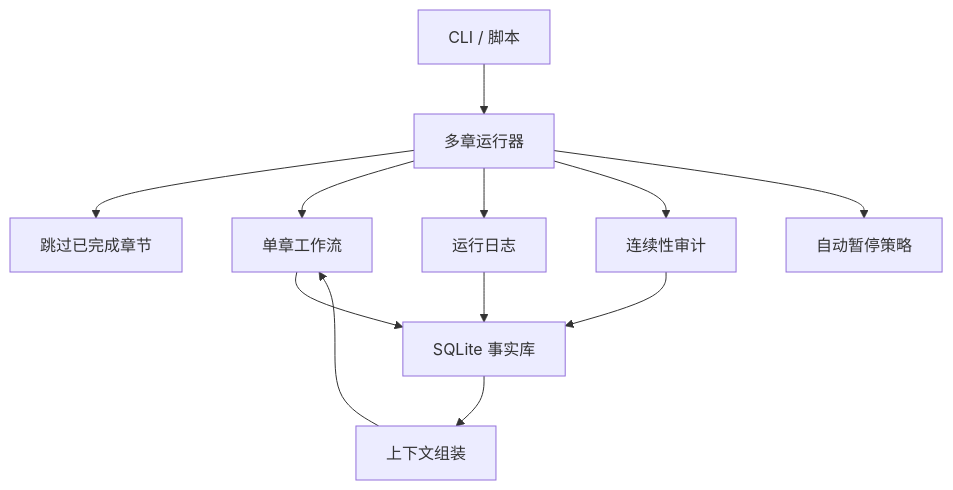
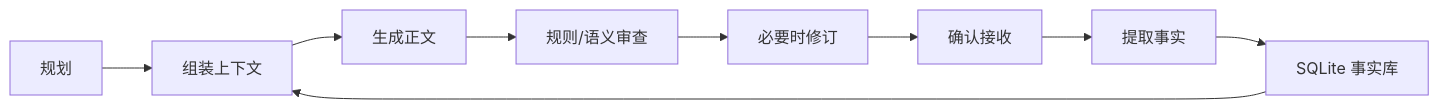
One commit to Bingtuu/Songyan changed the diagram in README.md. Above: the diagram before and after it, drawn with Mermaid. The commit also changed other lines of this file and 9 other files, not shown here.

````diff
--- a/README.md
+++ b/README.md
@@ -158,14 +132,11 @@
 ```mermaid
-flowchart TB
-    CLI["CLI / 脚本"] --> Runner["多章运行器"]
-    Runner --> Skip["跳过已完成章节"]
-    Runner --> Chapter["单章工作流"]
-    Runner --> RunLog["运行日志"]
-    Runner --> Continuity["连续性审计"]
-    Runner --> Halt["自动暂停策略"]
-    Chapter --> SQLite["SQLite 事实库"]
-    Continuity --> SQLite
-    RunLog --> SQLite
-    SQLite --> Context["上下文组装"]
-    Context --> Chapter
+flowchart LR
+    Plan["规划"] --> Context["组装上下文"]
+    Context --> Draft["生成正文"]
+    Draft --> Review["规则/语义审查"]
+    Review --> Revise["必要时修订"]
+    Revise --> Accept["确认接收"]
+    Accept --> Extract["提取事实"]
+    Extract --> DB["SQLite 事实库"]
+    DB --> Context
 ```
````
